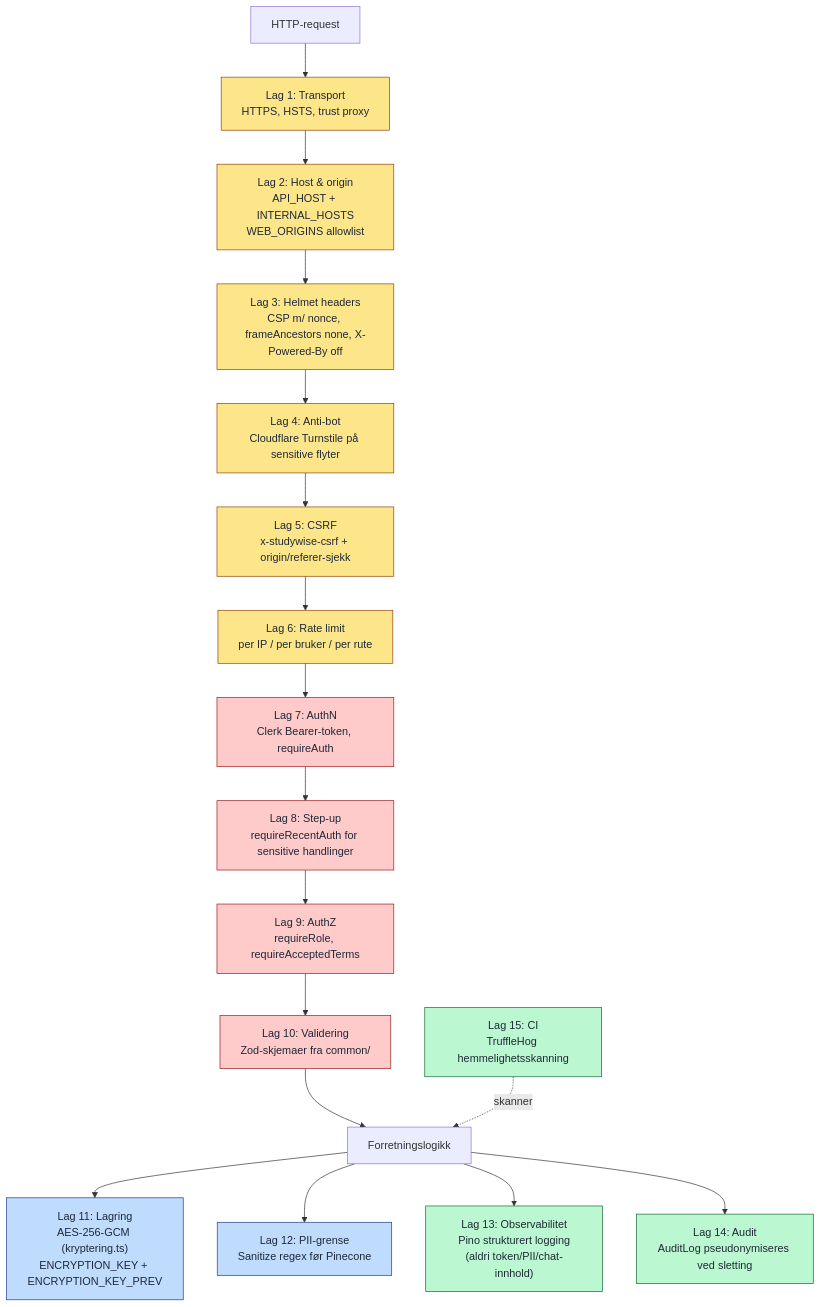
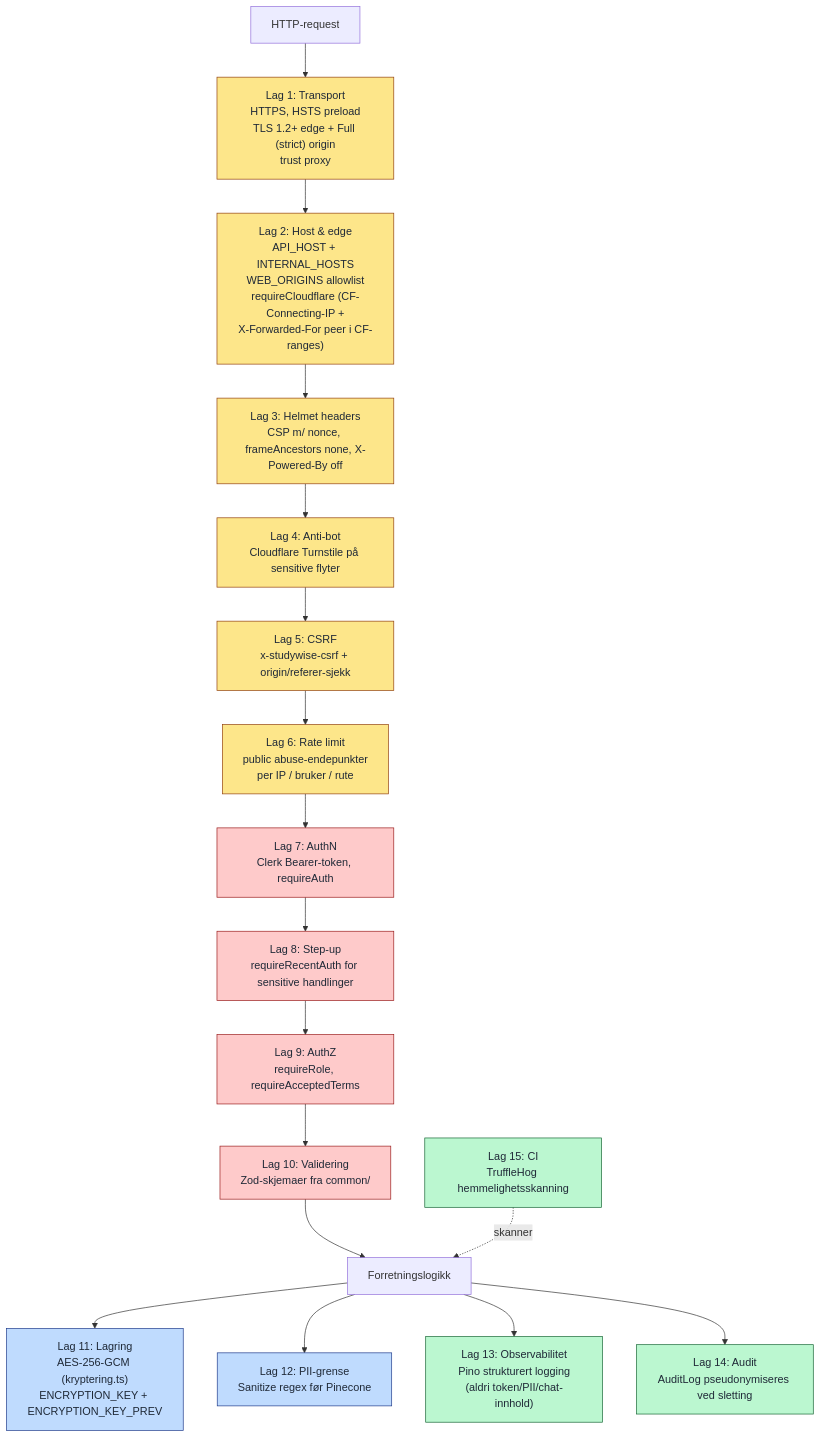
The diagram in filer_prosjekt/diagrammer/11-sikkerhetslag.md (26zl/StudyWise), drawn with Mermaid before and after one commit. The commit also changed other lines of this file and 34 other files, not shown here.

````diff
--- a/filer_prosjekt/diagrammer/11-sikkerhetslag.md
+++ b/filer_prosjekt/diagrammer/11-sikkerhetslag.md
@@ -5,36 +5,36 @@
 ```mermaid
 flowchart TB
     REQ["HTTP-request"]
-    L1["Lag 1: Transport<br/>HTTPS, HSTS, trust proxy"]
-    L2["Lag 2: Host & origin<br/>API_HOST + INTERNAL_HOSTS<br/>WEB_ORIGINS allowlist"]
+    L1["Lag 1: Transport<br/>HTTPS, HSTS preload<br/>TLS 1.2+ edge + Full (strict) origin<br/>trust proxy"]
+    L2["Lag 2: Host & edge<br/>API_HOST + INTERNAL_HOSTS<br/>WEB_ORIGINS allowlist<br/>requireCloudflare (CF-Connecting-IP +<br/>X-Forwarded-For peer i CF-ranges)"]
     L3["Lag 3: Helmet headers<br/>CSP m/ nonce, frameAncestors none, X-Powered-By off"]
     L4["Lag 4: Anti-bot<br/>Cloudflare Turnstile på sensitive flyter"]
     L5["Lag 5: CSRF<br/>x-studywise-csrf + origin/referer-sjekk"]
-    L6["Lag 6: Rate limit<br/>per IP / per bruker / per rute"]
+    L6["Lag 6: Rate limit<br/>public abuse-endepunkter<br/>per IP / bruker / rute"]
     L7["Lag 7: AuthN<br/>Clerk Bearer-token, requireAuth"]
     L8["Lag 8: Step-up<br/>requireRecentAuth for sensitive handlinger"]
     L9["Lag 9: AuthZ<br/>requireRole, requireAcceptedTerms"]
     L10["Lag 10: Validering<br/>Zod-skjemaer fra common/"]
     L11["Lag 11: Lagring<br/>AES-256-GCM (kryptering.ts)<br/>ENCRYPTION_KEY + ENCRYPTION_KEY_PREV"]
     L12["Lag 12: PII-grense<br/>Sanitize regex før Pinecone"]
     L13["Lag 13: Observabilitet<br/>Pino strukturert logging<br/>(aldri token/PII/chat-innhold)"]
     L14["Lag 14: Audit<br/>AuditLog pseudonymiseres ved sletting"]
     L15["Lag 15: CI<br/>TruffleHog hemmelighetsskanning"]
     APP["Forretningslogikk"]
 
     REQ --> L1 --> L2 --> L3 --> L4 --> L5 --> L6 --> L7 --> L8 --> L9 --> L10 --> APP
     APP --> L11
     APP --> L12
     APP --> L13
     APP --> L14
     L15 -.skanner.-> APP
 
     classDef edge fill:#fde68a,stroke:#92400e,color:#1f2937
     classDef auth fill:#fecaca,stroke:#991b1b,color:#1f2937
     classDef data fill:#bfdbfe,stroke:#1e3a8a,color:#1f2937
     classDef ops fill:#bbf7d0,stroke:#166534,color:#1f2937
     class L1,L2,L3,L4,L5,L6 edge
     class L7,L8,L9,L10 auth
     class L11,L12 data
     class L13,L14,L15 ops
 ```
````
